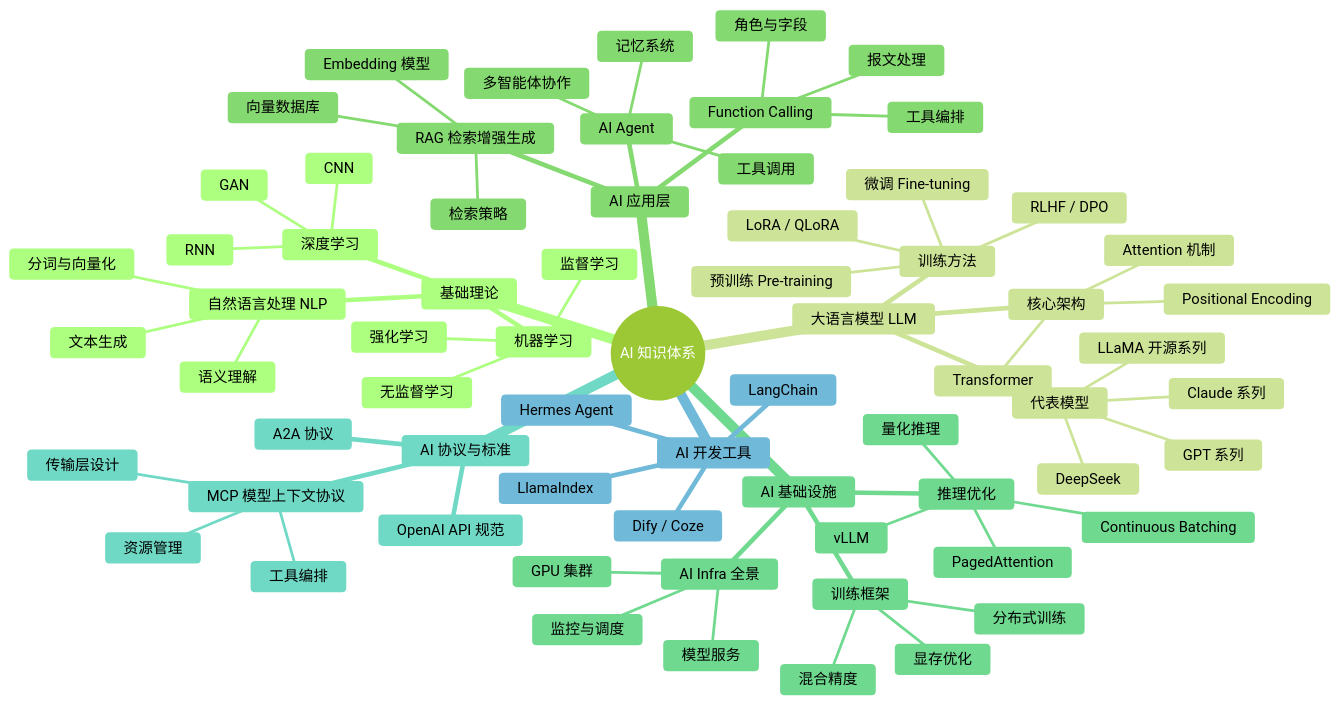
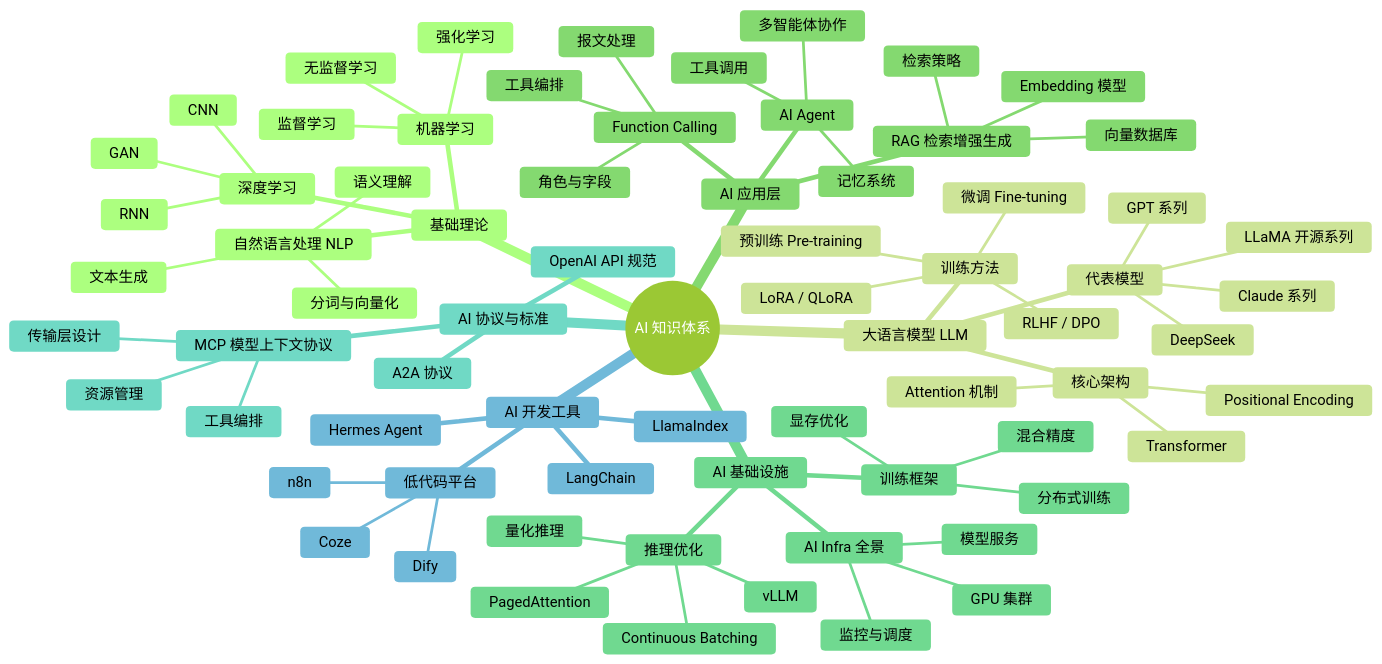
One commit to feifeigd/feifeigd.github.io changed the diagram in src/pages/ai.mdx. Above: the diagram before and after it, drawn with Mermaid (forest theme). The commit also changed other lines of this file and 1 other file, not shown here.

Commit message:
ai: 思维导图添加 n8n 到低代码平台节点

````diff
--- a/src/pages/ai.mdx
+++ b/src/pages/ai.mdx
@@ -14,71 +14,74 @@
 ```mermaid
 mindmap
   root((AI 知识体系))
     基础理论
       机器学习
         监督学习
         无监督学习
         强化学习
       深度学习
         CNN
         RNN
         GAN
       自然语言处理 NLP
         分词与向量化
         语义理解
         文本生成
     大语言模型 LLM
       核心架构
         Transformer
         Attention 机制
         Positional Encoding
       代表模型
         GPT 系列
         Claude 系列
         DeepSeek
         LLaMA 开源系列
       训练方法
         预训练 Pre-training
         微调 Fine-tuning
         RLHF / DPO
         LoRA / QLoRA
     AI 应用层
       RAG 检索增强生成
         向量数据库
         Embedding 模型
         检索策略
       AI Agent
         工具调用
         记忆系统
         多智能体协作
       Function Calling
         角色与字段
         报文处理
         工具编排
     AI 基础设施
       推理优化
         vLLM
         PagedAttention
         Continuous Batching
         量化推理
       训练框架
         分布式训练
         混合精度
         显存优化
       AI Infra 全景
         GPU 集群
         模型服务
         监控与调度
     AI 协议与标准
       MCP 模型上下文协议
         传输层设计
         工具编排
         资源管理
       A2A 协议
       OpenAI API 规范
     AI 开发工具
       LangChain
       LlamaIndex
       Hermes Agent
-      Dify / Coze
+      低代码平台
+        Dify
+        Coze
+        n8n
 ```
````
